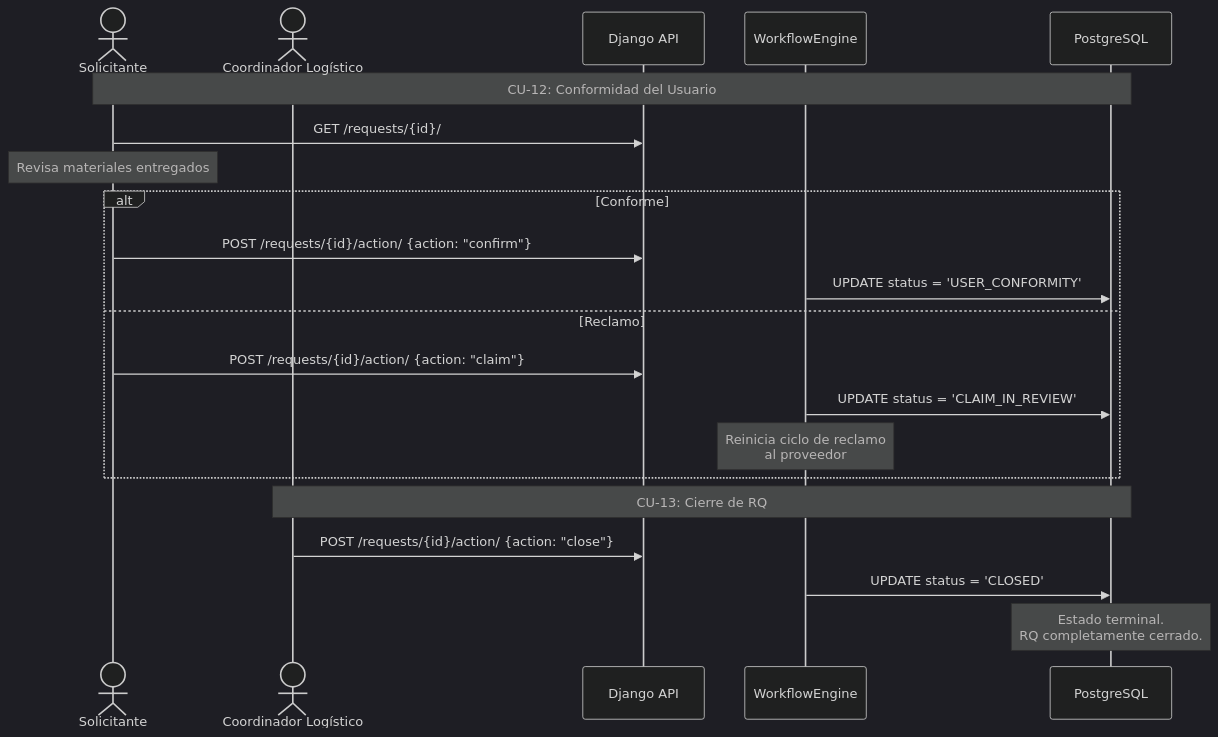
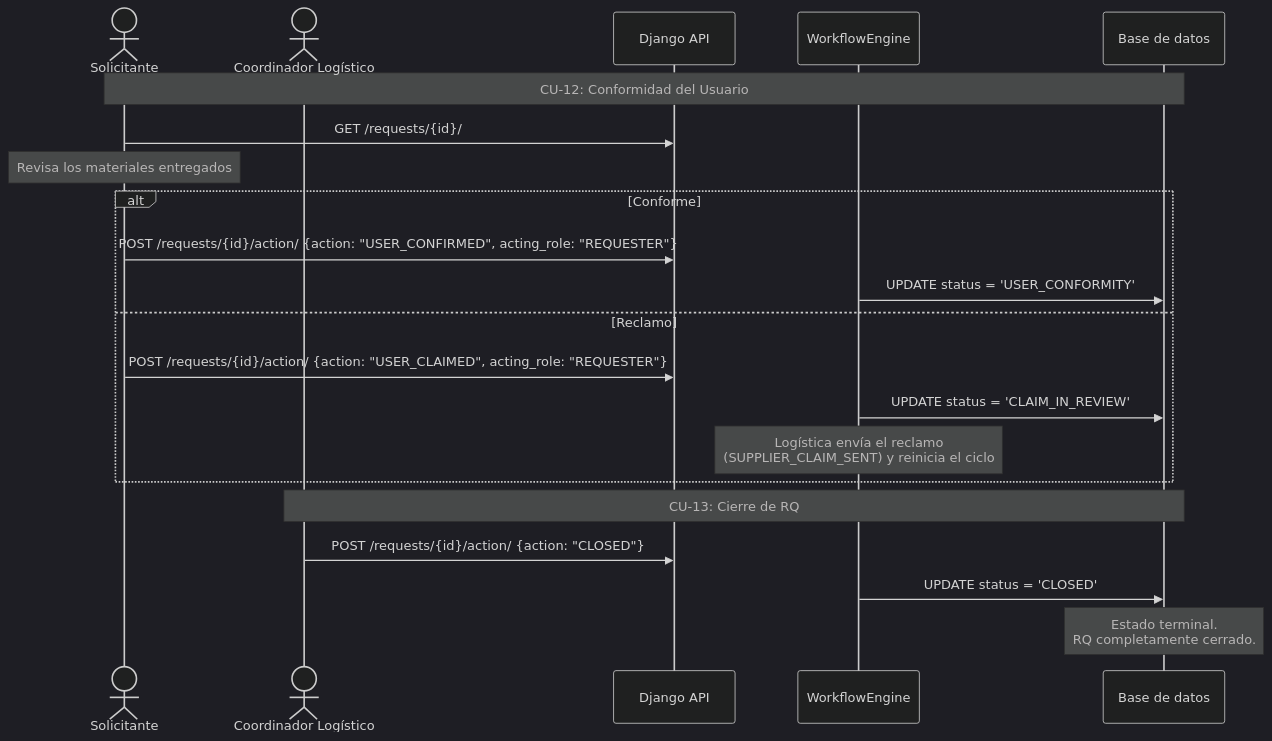
One commit to pccpegit/SYSPCCLOG changed the tenth of 25 diagrams in docs/01_Casos_de_Uso.md. Above: the diagram before and after it, drawn with Mermaid (dark theme). The commit also changed other lines of this file and 42 other files, not shown here.

````diff
--- a/docs/01_Casos_de_Uso.md
+++ b/docs/01_Casos_de_Uso.md
@@ -514,26 +587,26 @@
 ```mermaid
 sequenceDiagram
     actor REQ as Solicitante
     actor LC as Coordinador Logístico
     participant API as Django API
     participant WF as WorkflowEngine
-    participant DB as PostgreSQL
+    participant DB as Base de datos
 
     Note over REQ,DB: CU-12: Conformidad del Usuario
     REQ->>API: GET /requests/{id}/
-    Note over REQ: Revisa materiales entregados
+    Note over REQ: Revisa los materiales entregados
 
     alt Conforme
-        REQ->>API: POST /requests/{id}/action/ {action: "confirm"}
+        REQ->>API: POST /requests/{id}/action/ {action: "USER_CONFIRMED", acting_role: "REQUESTER"}
         WF->>DB: UPDATE status = 'USER_CONFORMITY'
     else Reclamo
-        REQ->>API: POST /requests/{id}/action/ {action: "claim"}
+        REQ->>API: POST /requests/{id}/action/ {action: "USER_CLAIMED", acting_role: "REQUESTER"}
         WF->>DB: UPDATE status = 'CLAIM_IN_REVIEW'
-        Note over WF: Reinicia ciclo de reclamo<br/>al proveedor
+        Note over WF: Logística envía el reclamo<br/>(SUPPLIER_CLAIM_SENT) y reinicia el ciclo
     end
 
     Note over LC,DB: CU-13: Cierre de RQ
-    LC->>API: POST /requests/{id}/action/ {action: "close"}
+    LC->>API: POST /requests/{id}/action/ {action: "CLOSED"}
     WF->>DB: UPDATE status = 'CLOSED'
     Note over DB: Estado terminal.<br/>RQ completamente cerrado.
 ```
````
